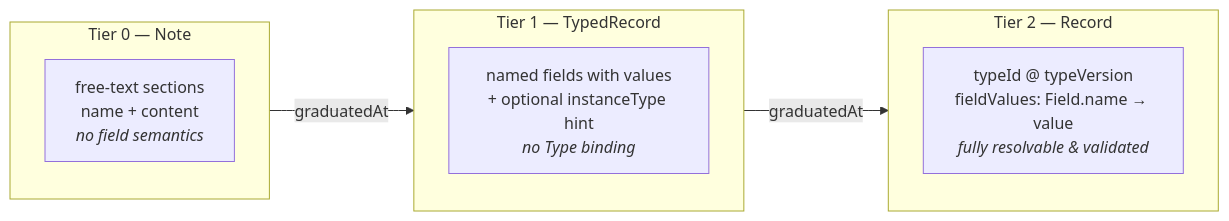
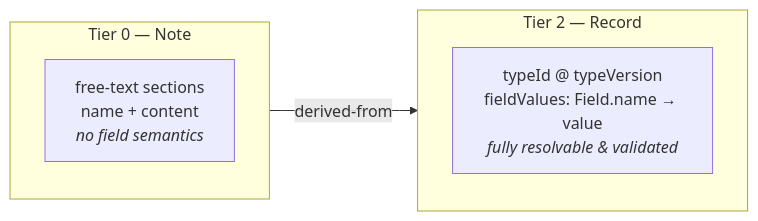
Before and after one commit to the-greenman/srs: the second of 6 diagrams in docs/overview/concepts.md, drawn with Mermaid. The commit also changed other lines of this file and 54 other files, not shown here.

First line of the commit message:
fixup(spec): remove Tier 1 (TypedRecord) — two-tier record model (#448)

````diff
--- a/docs/overview/concepts.md
+++ b/docs/overview/concepts.md
@@ -72,13 +75,10 @@
 ```mermaid
 flowchart LR
     subgraph t0["Tier 0 — Note"]
         N["free-text sections<br/>name + content<br/><i>no field semantics</i>"]
     end
-    subgraph t1["Tier 1 — TypedRecord"]
-        TR["named fields with values<br/>+ optional instanceType hint<br/><i>no Type binding</i>"]
-    end
     subgraph t2["Tier 2 — Record"]
         R["typeId @ typeVersion<br/>fieldValues: Field.name → value<br/><i>fully resolvable & validated</i>"]
     end
-    t0 -->|"graduatedAt"| t1 -->|"graduatedAt"| t2
+    t0 -->|"derived-from"| t2
 ```
````
